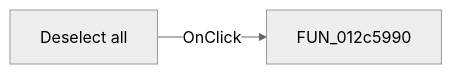
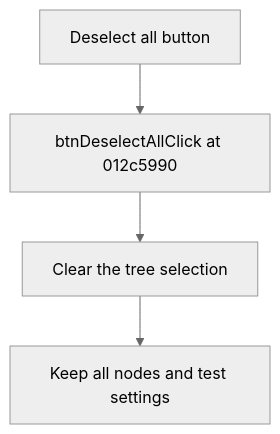
The diagram in docs/ui-controls/frmtestbencheditor/btndeselectall-158361cc1d.md (MovGP0/TIARA), drawn with Mermaid (neutral theme) before and after one commit. The commit also changed other lines of this file and 387 other files, not shown here.

````diff
--- a/docs/ui-controls/frmtestbencheditor/btndeselectall-158361cc1d.md
+++ b/docs/ui-controls/frmtestbencheditor/btndeselectall-158361cc1d.md
@@ -27,4 +19,6 @@
 ```mermaid
-flowchart LR
-    control["Deselect all"] -->|OnClick| handler["FUN_012c5990"]
+flowchart TD
+    control["Deselect all button"] --> handler["btnDeselectAllClick at 012c5990"]
+    handler --> clear["Clear the tree selection"]
+    clear --> keep["Keep all nodes and test settings"]
 ```
````
